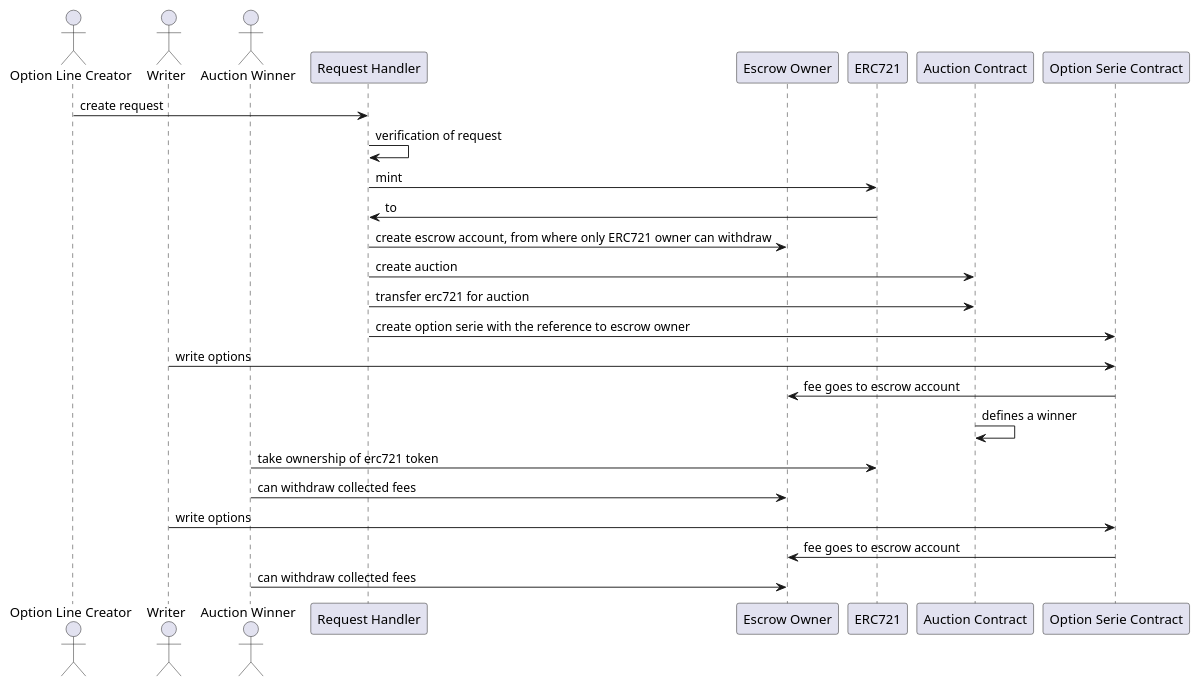
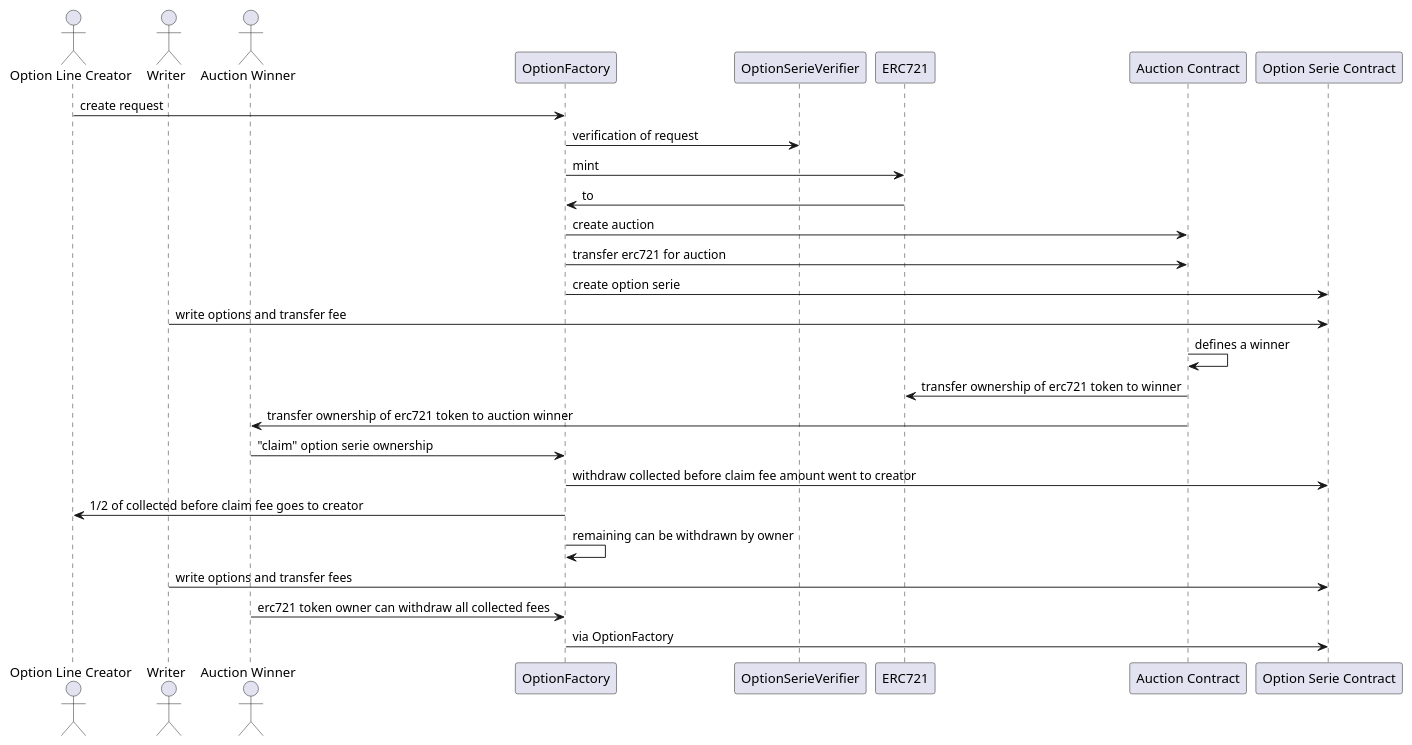
One commit to mxn/eth_option changed the diagram in docs/dias/create_option_serie.puml. Above: the diagram before and after it, drawn with PlantUML. The commit also changed 3 other files, not shown here.

```diff
--- a/docs/dias/create_option_serie.puml
+++ b/docs/dias/create_option_serie.puml
@@ -1,36 +1,35 @@
 @startuml
 actor "Option Line Creator" as creator
 actor "Writer" as writer
 actor "Auction Winner" as auction_winner
-participant "Request Handler" as req_handler
-participant "Escrow Owner" as created_owner
+participant "OptionFactory" as req_handler
+participant "OptionSerieVerifier" as verifier
 participant "ERC721" as erc721
 participant "Auction Contract" as auction
 participant "Option Serie Contract" as opt_serie
 
 creator -> req_handler: create request
-req_handler -> req_handler: verification of request
+req_handler -> verifier: verification of request
 req_handler -> erc721: mint
 erc721 -> req_handler: to 
-req_handler -> created_owner: create escrow account, from where only ERC721 owner can withdraw 
 
 req_handler -> auction: create auction
 req_handler -> auction: transfer erc721 for auction
 
-req_handler -> opt_serie: create option serie with the reference to escrow owner
+req_handler -> opt_serie: create option serie
 
-writer -> opt_serie: write options
-opt_serie -> created_owner: fee goes to escrow account
+writer -> opt_serie: write options and transfer fee
 
 auction -> auction: defines a winner
-auction_winner -> erc721: take ownership of erc721 token
-auction_winner -> created_owner: can withdraw collected fees
+auction  -> erc721: transfer ownership of erc721 token to winner
+auction -> auction_winner: transfer ownership of erc721 token to auction winner
+auction_winner -> req_handler: "claim" option serie ownership 
 
+req_handler -> opt_serie: withdraw collected before claim fee amount went to creator
+req_handler -> creator: 1/2 of collected before claim fee goes to creator
+req_handler -> req_handler: remaining can be withdrawn by owner
 
-writer -> opt_serie: write options
-opt_serie -> created_owner: fee goes to escrow account
-auction_winner -> created_owner: can withdraw collected fees
-
-
-
+writer -> opt_serie: write options and transfer fees
+auction_winner -> req_handler: erc721 token owner can withdraw all collected fees 
+req_handler -> opt_serie: via OptionFactory
 @enduml
```
